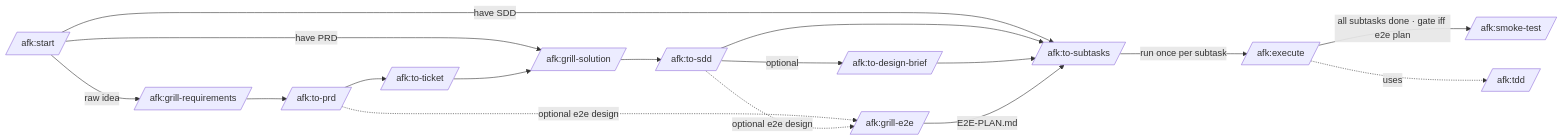
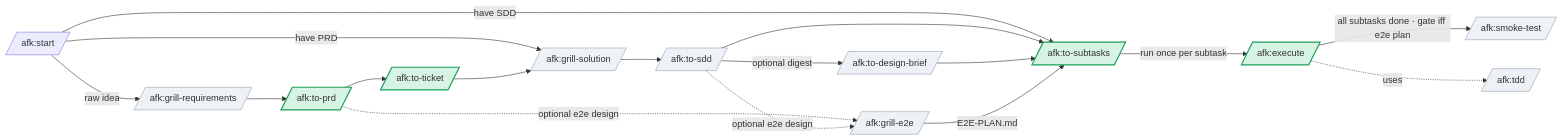
The second of 6 diagrams in README.md (midnightblur/afk-driver), drawn with Mermaid before and after one commit. The commit also changed other lines of this file and 1 other file, not shown here.

First line of the commit message:
docs(readme): full AFK onboarding guide; feat(to-prd): Acceptance Criteria section

````diff
--- a/README.md
+++ b/README.md
@@ -19,16 +123,25 @@
 ```mermaid
 graph LR
     Start[/afk:start/] -->|raw idea| Grill[/afk:grill-requirements/]
     Start -->|have PRD| AG[/afk:grill-solution/]
     Start -->|have SDD| Sub[/afk:to-subtasks/]
+
     Grill --> Prd[/afk:to-prd/] --> Ticket[/afk:to-ticket/] --> AG --> Sdd[/afk:to-sdd/]
-    Sdd -->|optional| Brief[/afk:to-design-brief/]
+    Sdd -->|optional digest| Brief[/afk:to-design-brief/]
+
     Prd -.optional e2e design.-> E2E[/afk:grill-e2e/]
     Sdd -.optional e2e design.-> E2E
+
     Sdd --> Sub
     Brief --> Sub
     E2E -->|E2E-PLAN.md| Sub
+
     Sub -->|run once per subtask| Exec[/afk:execute/]
     Exec -->|all subtasks done · gate iff e2e plan| Smoke[/afk:smoke-test/]
     Exec -.uses.-> Tdd[/afk:tdd/]
+
+    classDef mand fill:#d7f3e3,stroke:#1b9e58,stroke-width:2px;
+    classDef opt fill:#eef1f5,stroke:#90a4ae;
+    class Prd,Ticket,Sub,Exec mand;
+    class Grill,AG,Sdd,Brief,E2E,Smoke,Tdd opt;
 ```
````
